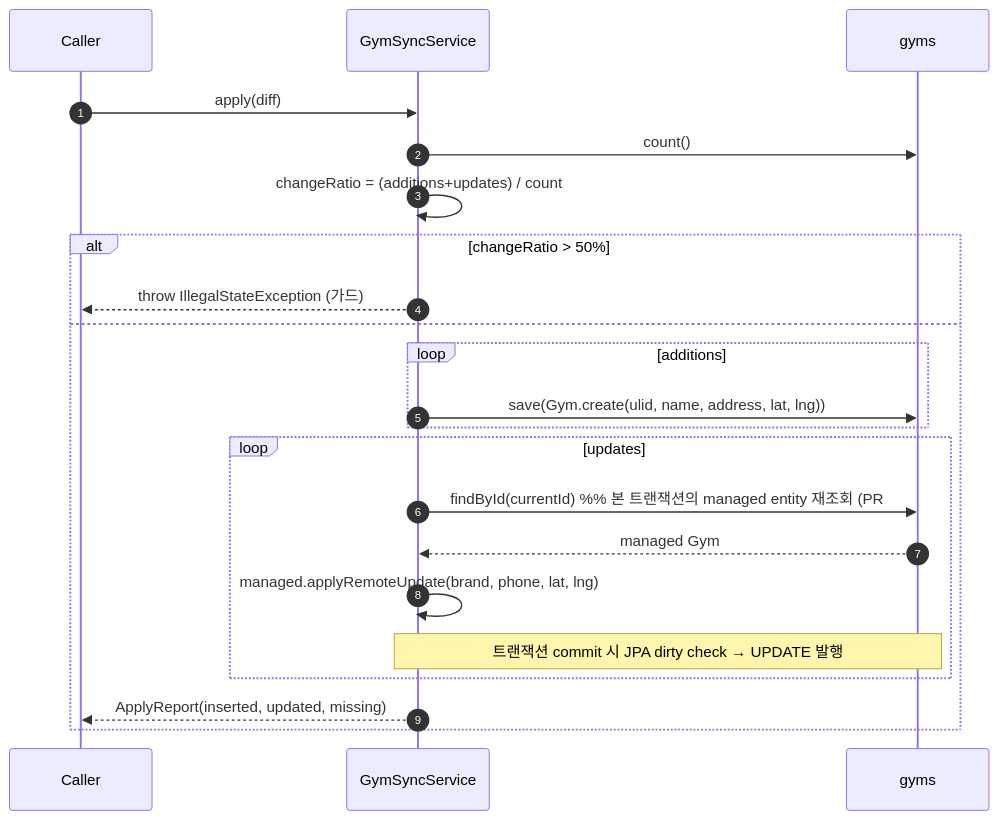
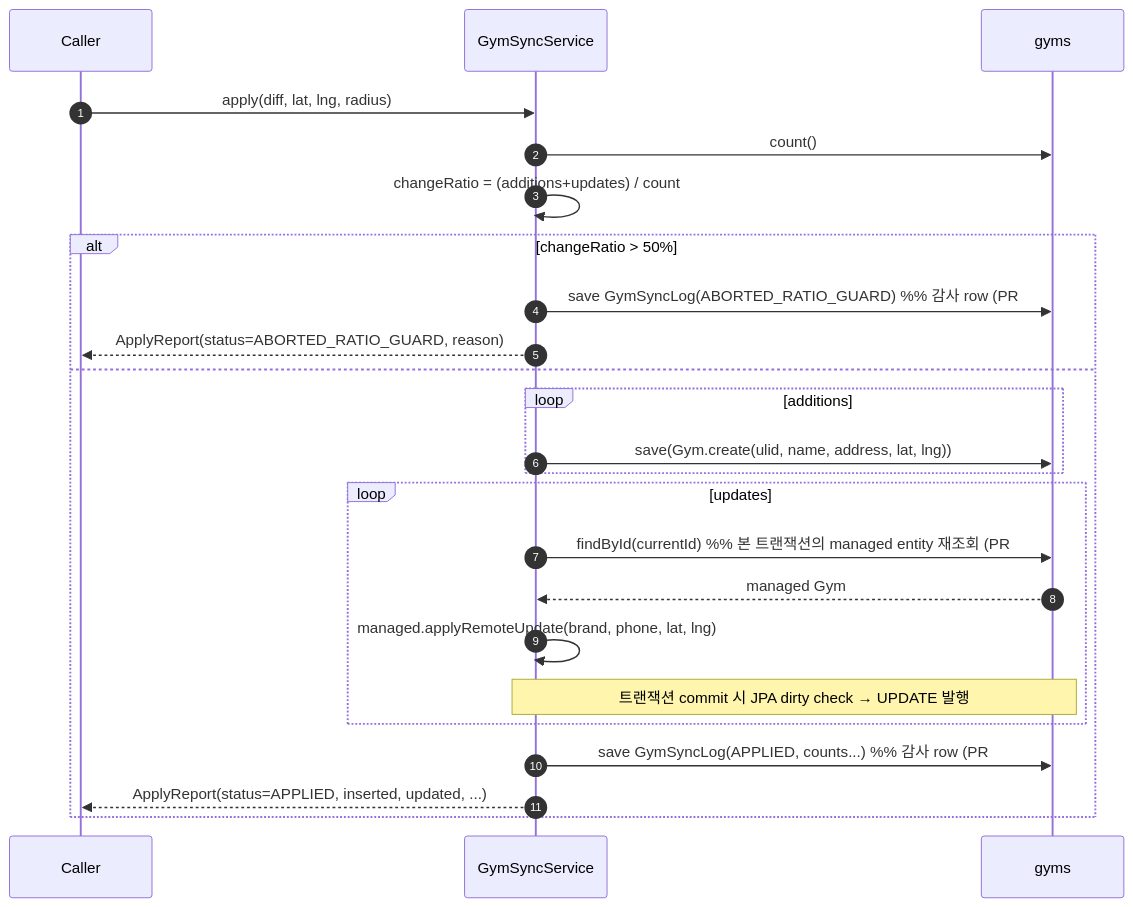
Before and after one commit to theo-ooooo/crimp: the second of 2 diagrams in docs/설계/sequence/gym-crawl-batch.md, drawn with Mermaid. The commit also changed other lines of this file and 7 other files, not shown here.

First line of the commit message:
feat(api): gym_sync_log 감사 테이블 + apply 결과 자동 기록 (Phase 1.5)

````diff
--- a/docs/설계/sequence/gym-crawl-batch.md
+++ b/docs/설계/sequence/gym-crawl-batch.md
@@ -66,25 +66,27 @@
 ```mermaid
 sequenceDiagram
     autonumber
     participant Caller
     participant Service as GymSyncService
     participant DB as gyms
 
-    Caller->>Service: apply(diff)
+    Caller->>Service: apply(diff, lat, lng, radius)
     Service->>DB: count()
     Service->>Service: changeRatio = (additions+updates) / count
     alt changeRatio > 50%
-        Service-->>Caller: throw IllegalStateException (가드)
+        Service->>DB: save GymSyncLog(ABORTED_RATIO_GUARD)  %% 감사 row (PR #87)
+        Service-->>Caller: ApplyReport(status=ABORTED_RATIO_GUARD, reason)
     else
         loop additions
             Service->>DB: save(Gym.create(ulid, name, address, lat, lng))
         end
         loop updates
             Service->>DB: findById(currentId)  %% 본 트랜잭션의 managed entity 재조회 (PR #85 B1)
             DB-->>Service: managed Gym
             Service->>Service: managed.applyRemoteUpdate(brand, phone, lat, lng)
             Note over Service,DB: 트랜잭션 commit 시 JPA dirty check → UPDATE 발행
         end
-        Service-->>Caller: ApplyReport(inserted, updated, missing)
+        Service->>DB: save GymSyncLog(APPLIED, counts...)  %% 감사 row (PR #87)
+        Service-->>Caller: ApplyReport(status=APPLIED, inserted, updated, ...)
     end
 ```
````
